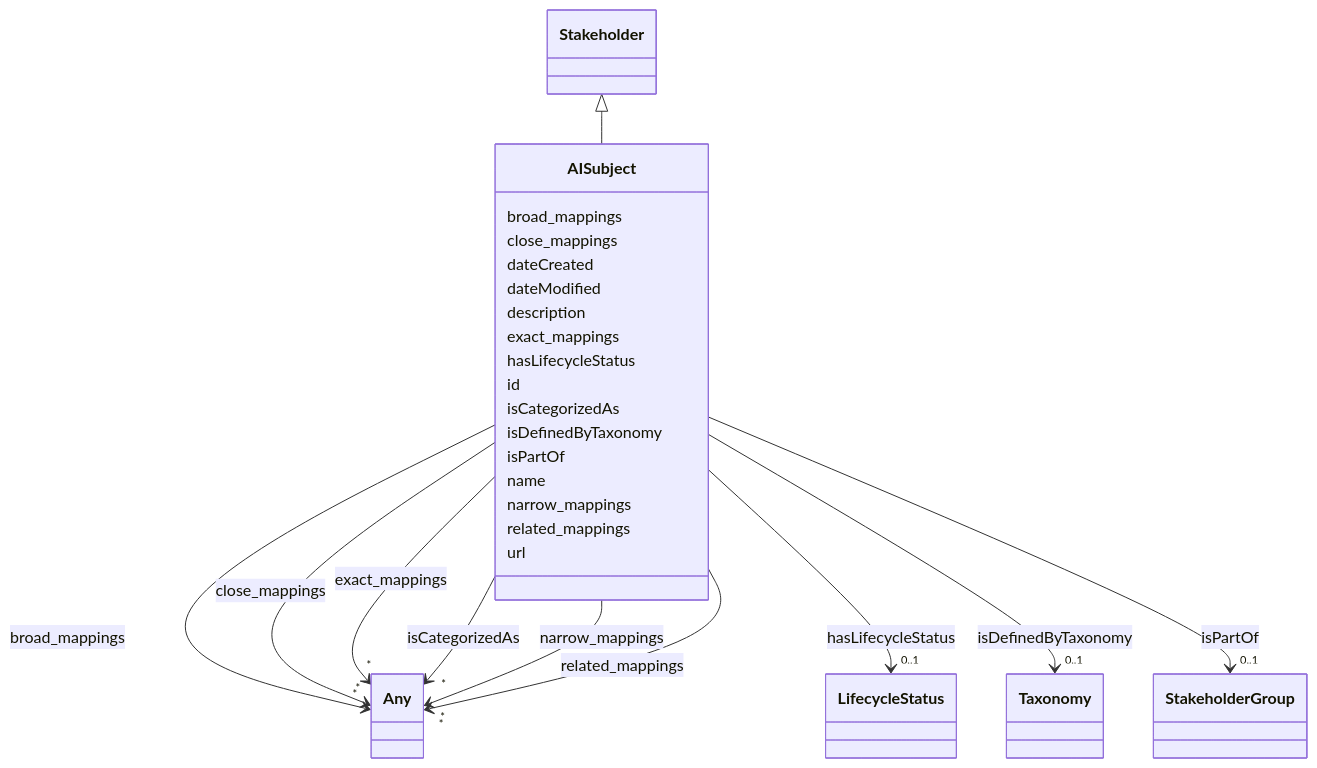
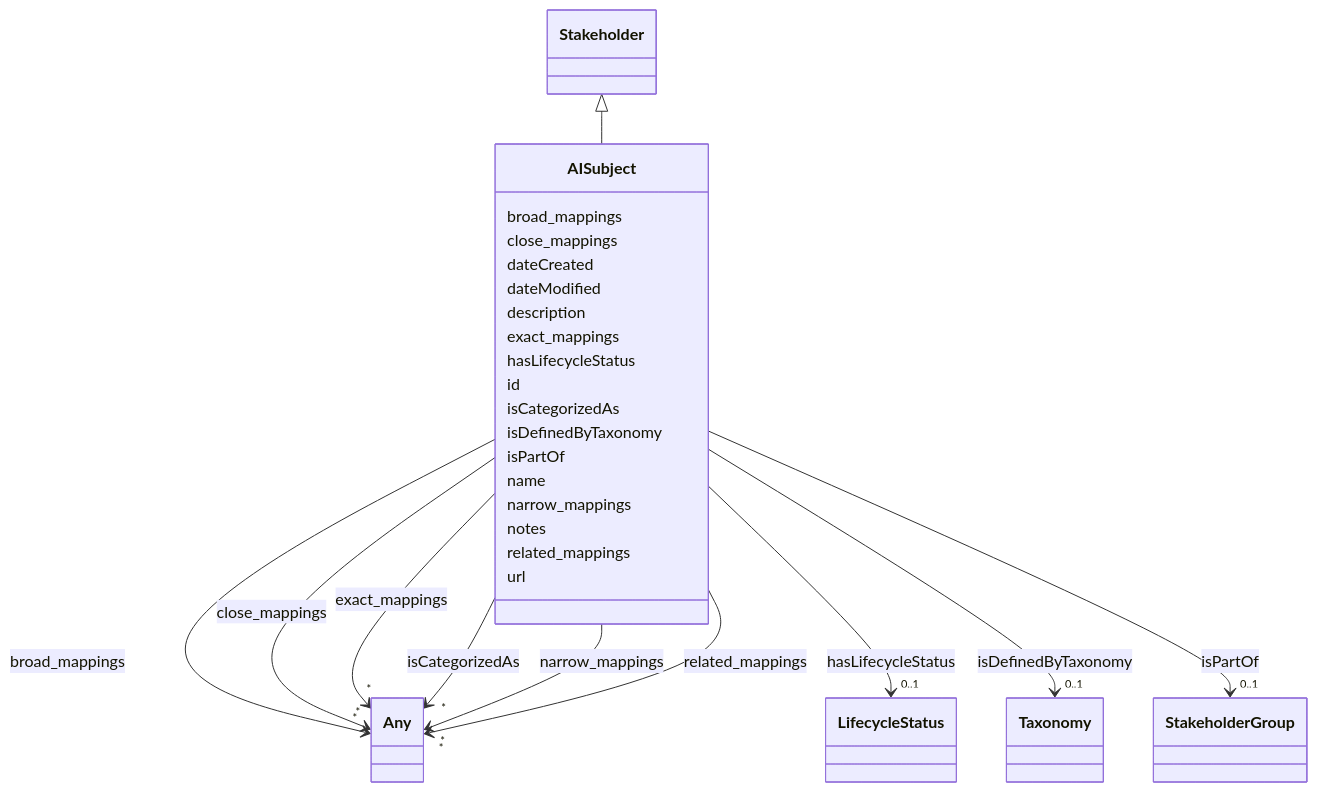
One commit to ingelise/risk-atlas-nexus changed the diagram in docs/ontology/AISubject.md. Above: the diagram before and after it, drawn with Mermaid. The commit also changed other lines of this file and 318 other files, not shown here.

```diff
--- a/docs/ontology/AISubject.md
+++ b/docs/ontology/AISubject.md
@@ -116,6 +116,8 @@
 
 
 
+      AISubject : notes
+
       AISubject : related_mappings
 
 
```
